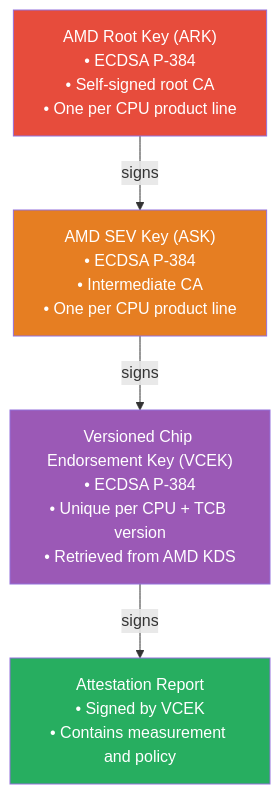
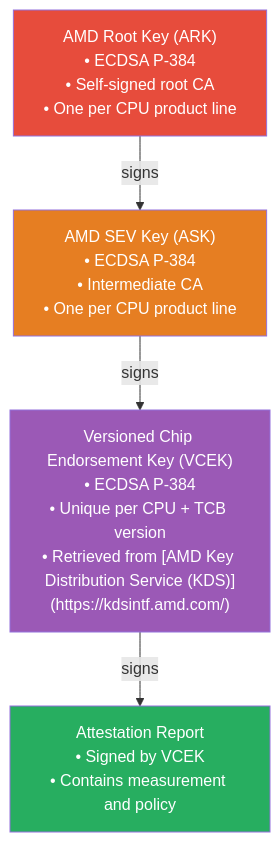
The second of 12 diagrams in posts/04-cross-platform-attestation.md (V-k-h/roots-of-trust), drawn with Mermaid before and after one commit. The commit also changed other lines of this file, not shown here.

````diff
--- a/posts/04-cross-platform-attestation.md
+++ b/posts/04-cross-platform-attestation.md
@@ -70,20 +72,20 @@
 ```mermaid
 flowchart TD
     ARK["AMD Root Key (ARK)<br>• ECDSA P-384<br>• Self-signed root CA<br>• One per CPU product line"]
     
     ASK["AMD SEV Key (ASK)<br>• ECDSA P-384<br>• Intermediate CA<br>• One per CPU product line"]
     
-    VCEK["Versioned Chip Endorsement Key (VCEK)<br>• ECDSA P-384<br>• Unique per CPU + TCB version<br>• Retrieved from AMD KDS"]
+    VCEK["Versioned Chip Endorsement Key (VCEK)<br>• ECDSA P-384<br>• Unique per CPU + TCB version<br>• Retrieved from [AMD Key Distribution Service (KDS)](https://kdsintf.amd.com/)"]
     
     Report["Attestation Report<br>• Signed by VCEK<br>• Contains measurement and policy"]
     
     ARK -->|signs| ASK
     ASK -->|signs| VCEK
     VCEK -->|signs| Report
     
     style ARK fill:#e74c3c,color:#fff
     style ASK fill:#e67e22,color:#fff
     style VCEK fill:#9b59b6,color:#fff
     style Report fill:#27ae60,color:#fff
 
 ```
````
